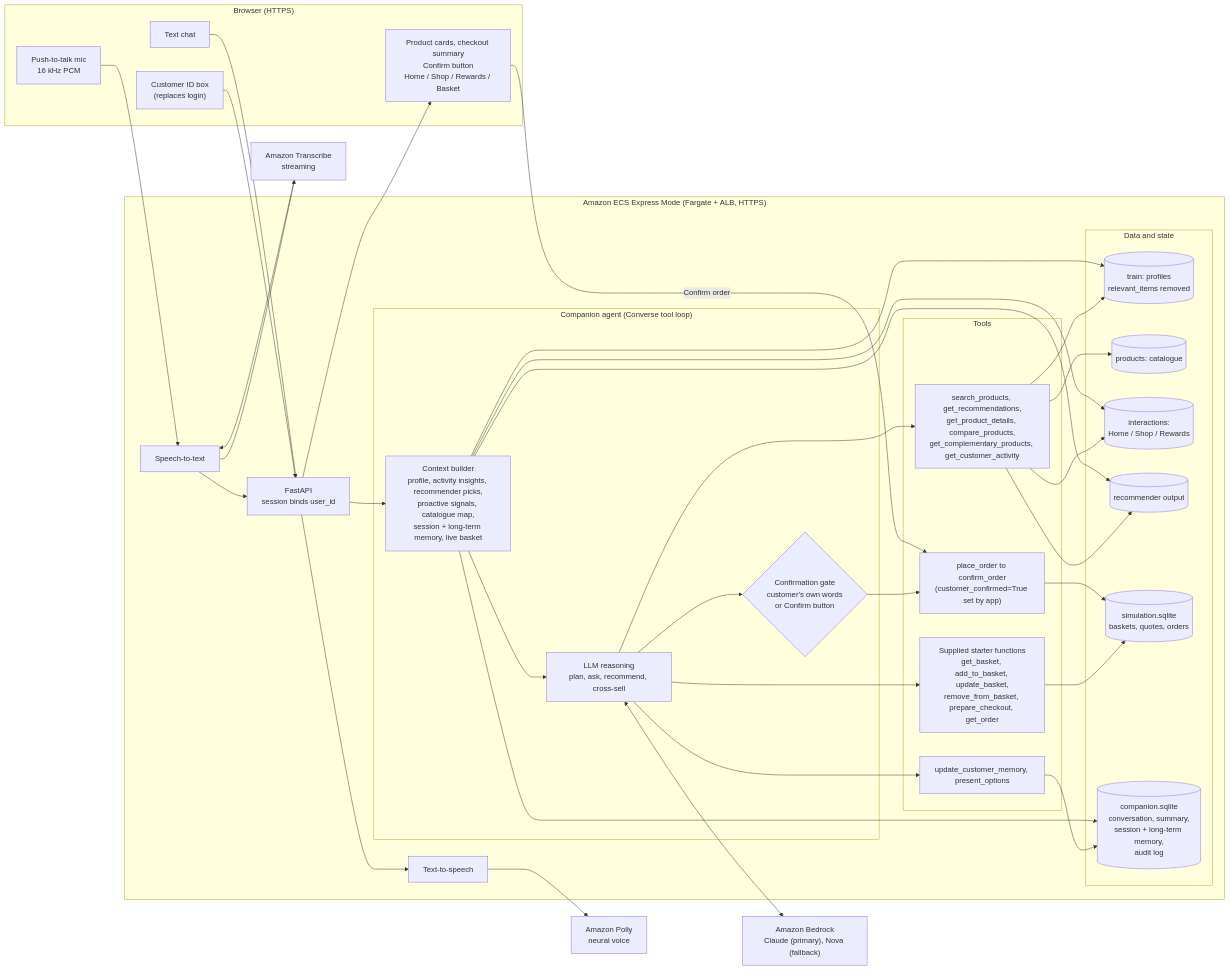
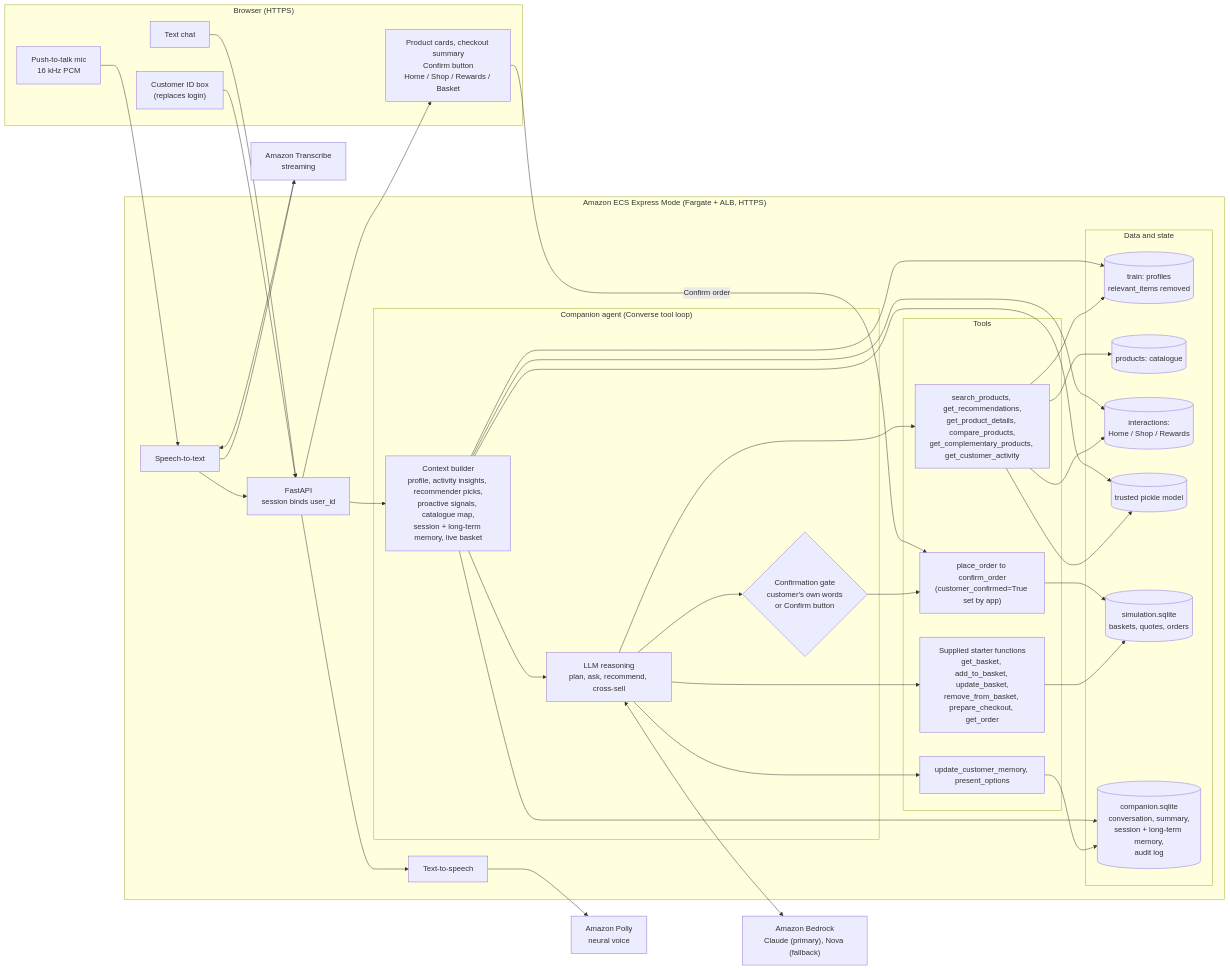
The diagram in docs/ARCHITECTURE.md (mdaoor/hackthon-voda), drawn with Mermaid before and after one commit. The commit also changed 17 other files, not shown here.

````diff
--- a/docs/ARCHITECTURE.md
+++ b/docs/ARCHITECTURE.md
@@ -7,55 +7,55 @@
 ```mermaid
 flowchart LR
     subgraph Client["Browser (HTTPS)"]
         ID["Customer ID box<br/>(replaces login)"]
         TXT["Text chat"]
         MIC["Push-to-talk mic<br/>16 kHz PCM"]
         UI["Product cards, checkout summary<br/>Confirm button<br/>Home / Shop / Rewards / Basket"]
     end
 
     subgraph ECS["Amazon ECS Express Mode (Fargate + ALB, HTTPS)"]
         API["FastAPI<br/>session binds user_id"]
         STT["Speech-to-text"]
         TTS["Text-to-speech"]
         subgraph Agent["Companion agent (Converse tool loop)"]
             CTX["Context builder<br/>profile, activity insights, recommender picks,<br/>proactive signals, catalogue map,<br/>session + long-term memory, live basket"]
             LOOP["LLM reasoning<br/>plan, ask, recommend, cross-sell"]
             GATE{"Confirmation gate<br/>customer's own words<br/>or Confirm button"}
         end
         subgraph Tools["Tools"]
             DISC["search_products, get_recommendations,<br/>get_product_details, compare_products,<br/>get_complementary_products, get_customer_activity"]
             MEMT["update_customer_memory, present_options"]
             STARTER["Supplied starter functions<br/>get_basket, add_to_basket, update_basket,<br/>remove_from_basket, prepare_checkout, get_order"]
             ORDER["place_order to confirm_order<br/>(customer_confirmed=True set by app)"]
         end
         subgraph Data["Data and state"]
             TRAIN[("train: profiles<br/>relevant_items removed")]
             PROD[("products: catalogue")]
             INT[("interactions:<br/>Home / Shop / Rewards")]
-            REC[("recommender output")]
+            REC[("trusted pickle model")]
             SIM[("simulation.sqlite<br/>baskets, quotes, orders")]
             MEM[("companion.sqlite<br/>conversation, summary,<br/>session + long-term memory,<br/>audit log")]
         end
     end
 
     BR["Amazon Bedrock<br/>Claude (primary), Nova (fallback)"]
     TR["Amazon Transcribe<br/>streaming"]
     PO["Amazon Polly<br/>neural voice"]
 
     ID --> API
     TXT --> API
     MIC --> STT --> TR
     TR --> STT --> API
     API --> TTS --> PO
     API --> CTX --> LOOP
     LOOP <--> BR
     LOOP --> DISC & MEMT & STARTER
     LOOP --> GATE --> ORDER
     UI -- "Confirm order" --> ORDER
     DISC --> PROD & INT & REC & TRAIN
     STARTER --> SIM
     ORDER --> SIM
     MEMT --> MEM
     CTX --> MEM & TRAIN & INT & REC
     API --> UI
 ```
````
